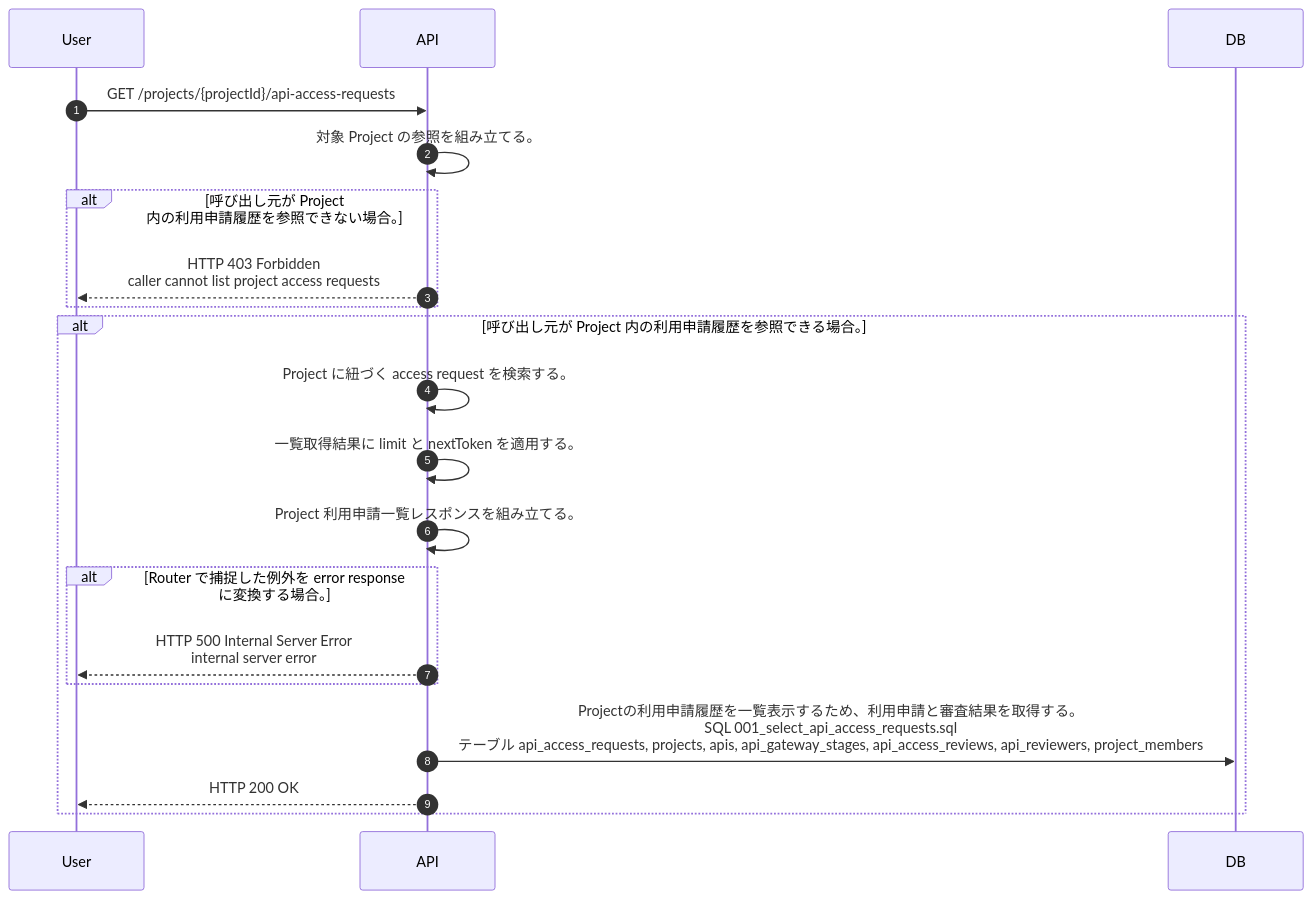
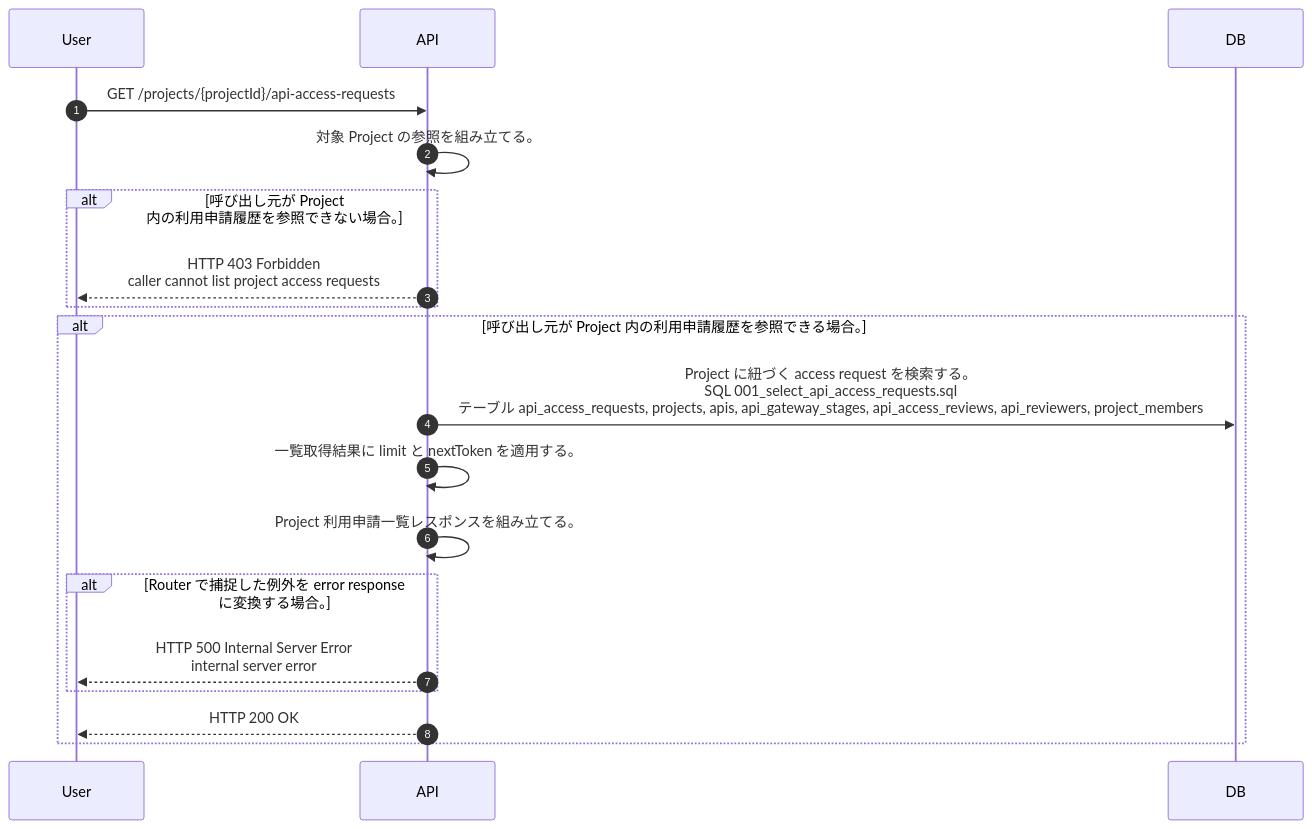
The diagram in docs/spec/40.apis/projects/list_project_api_access_requests/sequence_gen.md (tsuji-tomonori/lazunex), drawn with Mermaid before and after one commit. The commit also changed 14 other files, not shown here.

````diff
--- a/docs/spec/40.apis/projects/list_project_api_access_requests/sequence_gen.md
+++ b/docs/spec/40.apis/projects/list_project_api_access_requests/sequence_gen.md
@@ -5,22 +5,21 @@
 ```mermaid
 sequenceDiagram
   autonumber
   participant User as User
   participant API as API
   participant DB as DB
   User->>API: GET /projects/{projectId}/api-access-requests
   API->>API: 対象 Project の参照を組み立てる。
   alt 呼び出し元が Project 内の利用申請履歴を参照できない場合。
     API-->>User: HTTP 403 Forbidden<br/>caller cannot list project access requests
   end
   alt 呼び出し元が Project 内の利用申請履歴を参照できる場合。
-    API->>API: Project に紐づく access request を検索する。
+    API->>DB: Project に紐づく access request を検索する。<br/>SQL 001_select_api_access_requests.sql<br/>テーブル api_access_requests, projects, apis, api_gateway_stages, api_access_reviews, api_reviewers, project_members
     API->>API: 一覧取得結果に limit と nextToken を適用する。
     API->>API: Project 利用申請一覧レスポンスを組み立てる。
     alt Router で捕捉した例外を error response に変換する場合。
       API-->>User: HTTP 500 Internal Server Error<br/>internal server error
     end
-    API->>DB: Projectの利用申請履歴を一覧表示するため、利用申請と審査結果を取得する。<br/>SQL 001_select_api_access_requests.sql<br/>テーブル api_access_requests, projects, apis, api_gateway_stages, api_access_reviews, api_reviewers, project_members
     API-->>User: HTTP 200 OK
   end
 ```
````
